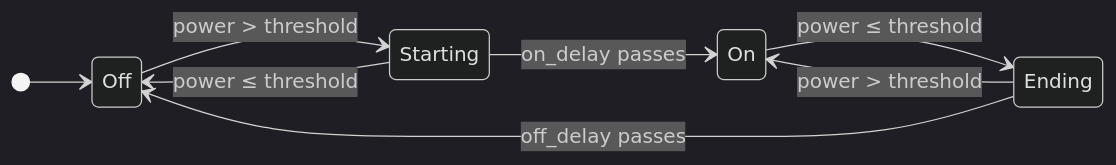
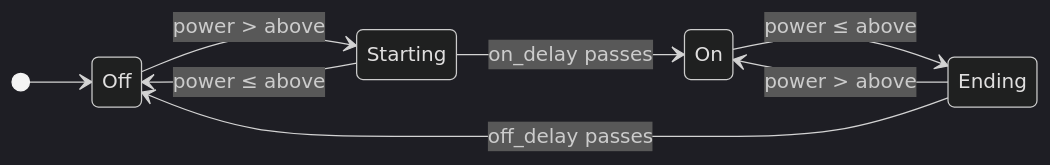
Before and after one commit to thatsnotmynameio/pururu-ha: the diagram in docs/features/appliance.mdx, drawn with Mermaid (dark theme). The commit also changed other lines of this file and 137 other files, not shown here.

````diff
--- a/docs/features/appliance.mdx
+++ b/docs/features/appliance.mdx
@@ -78,11 +58,11 @@
 ```mermaid
 stateDiagram-v2
     direction LR
     [*] --> Off
-    Off --> Starting: power > threshold
-    Starting --> Off: power ≤ threshold
+    Off --> Starting: power > above
+    Starting --> Off: power ≤ above
     Starting --> On: on_delay passes
-    On --> Ending: power ≤ threshold
-    Ending --> On: power > threshold
+    On --> Ending: power ≤ above
+    Ending --> On: power > above
     Ending --> Off: off_delay passes
 ```
````
